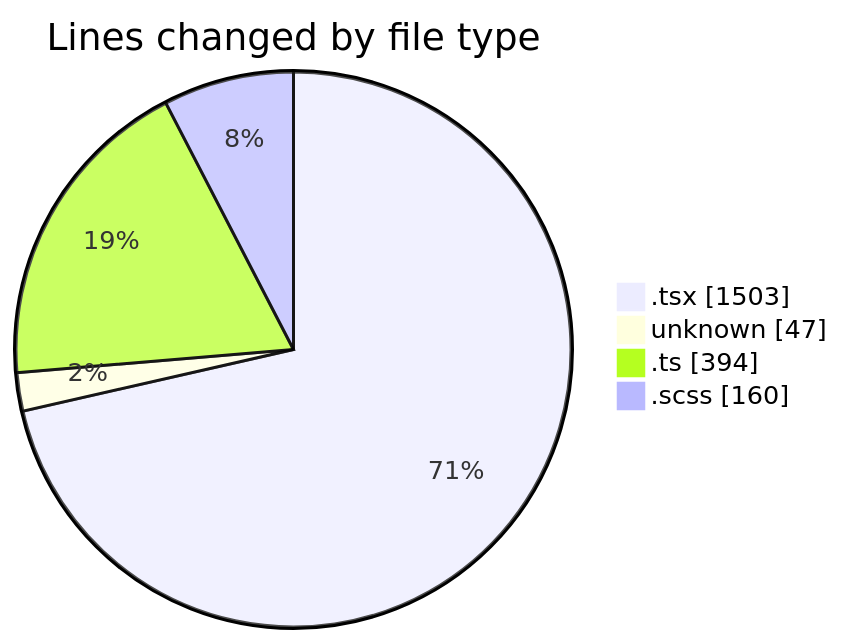
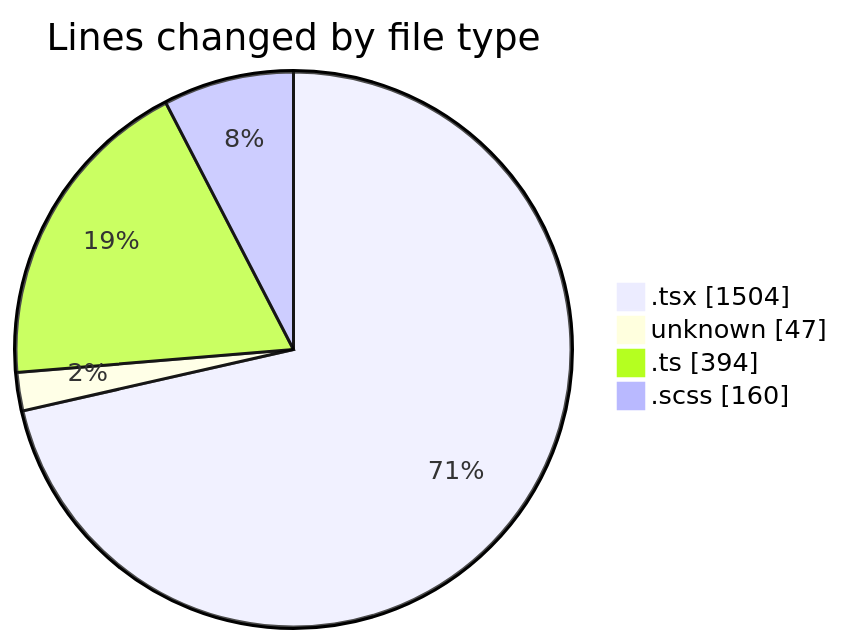
One commit to momahboobian/code-tracking changed the first of 2 diagrams in 2025-09-18/cda/README.md. Above: the diagram before and after it, drawn with Mermaid. The commit also changed other lines of this file and 1 other file, not shown here.

````diff
--- a/2025-09-18/cda/README.md
+++ b/2025-09-18/cda/README.md
@@ -25,8 +25,8 @@
 ```mermaid
 pie showData
 title Lines changed by file type
-".tsx" : 1503
+".tsx" : 1504
 "unknown" : 47
 ".ts" : 394
 ".scss" : 160
 ```
````
